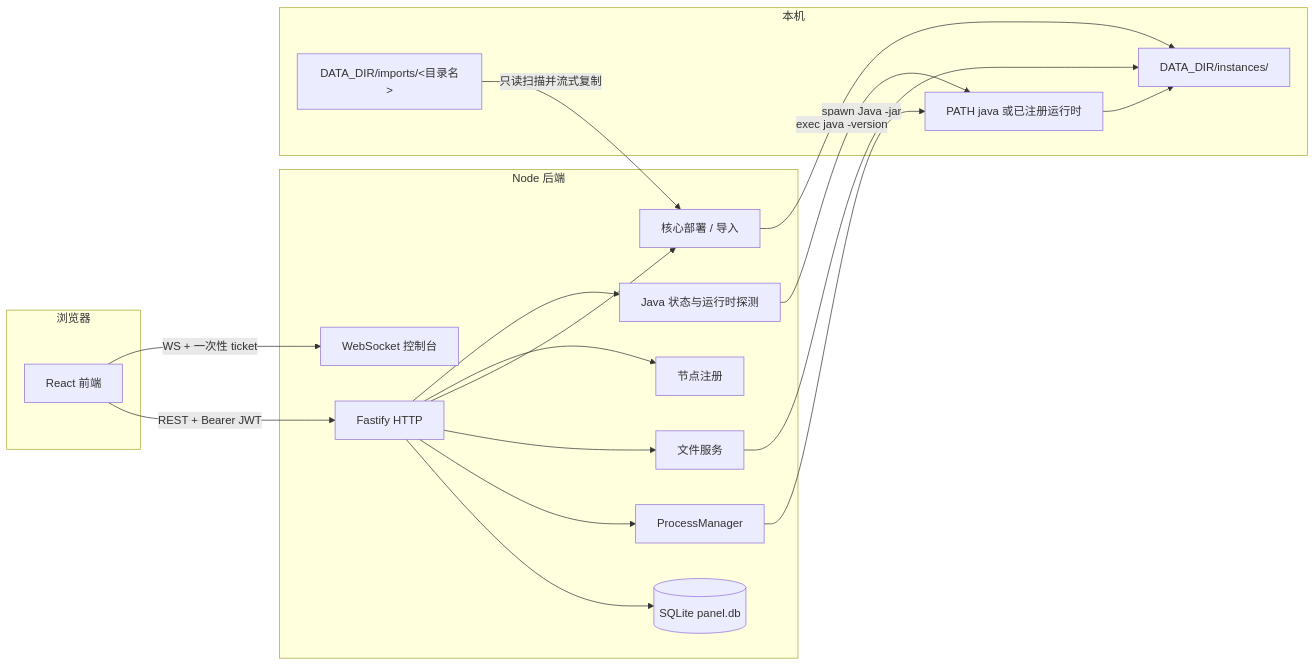
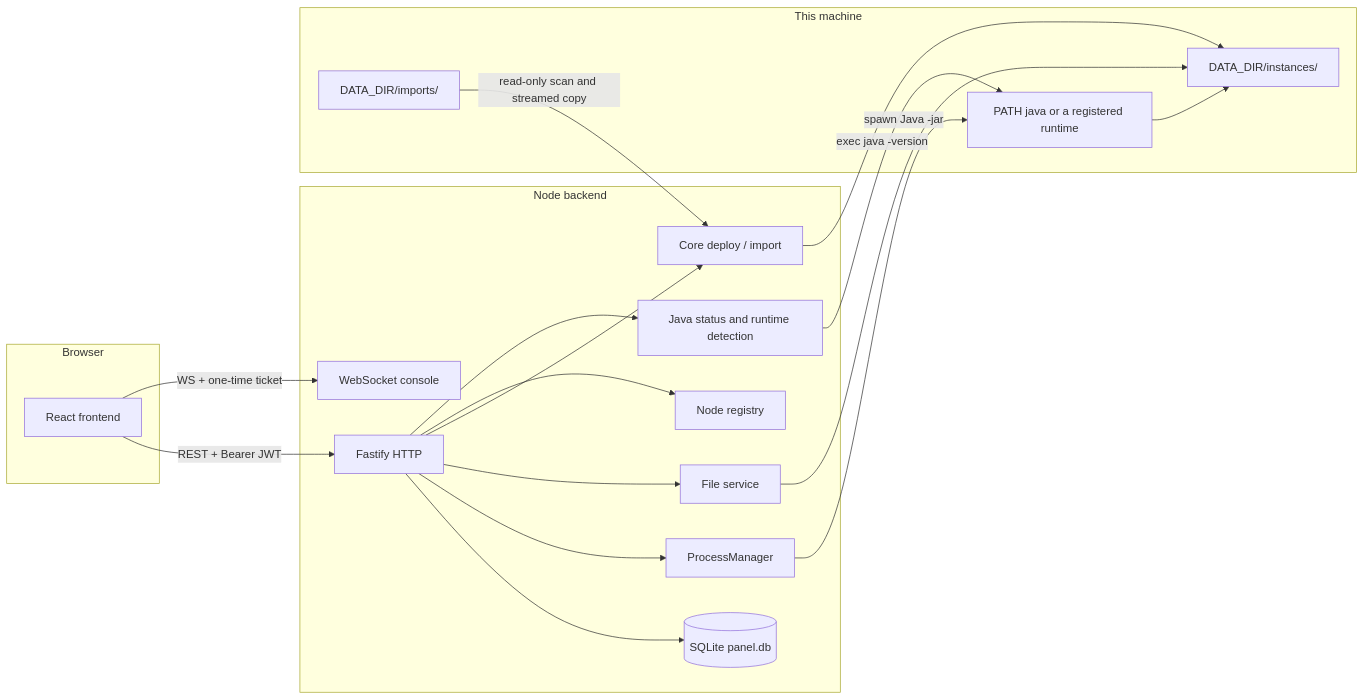
One commit to MystryMocha/mystry-dashboard changed the diagram in docs/architecture.md. Above: the diagram before and after it, drawn with Mermaid. The commit also changed other lines of this file and 25 other files, not shown here.

````diff
--- a/docs/architecture.md
+++ b/docs/architecture.md
@@ -5,35 +7,35 @@
 ```mermaid
 flowchart LR
-  subgraph client [浏览器]
-    Web[React 前端]
+  subgraph client [Browser]
+    Web[React frontend]
   end
-  subgraph server [Node 后端]
+  subgraph server [Node backend]
     Fastify[Fastify HTTP]
-    WS[WebSocket 控制台]
+    WS[WebSocket console]
     PM[ProcessManager]
-    FS[文件服务]
-    Core[核心部署 / 导入]
-    Nodes[节点注册]
+    FS[File service]
+    Core[Core deploy / import]
+    Nodes[Node registry]
     DB[(SQLite panel.db)]
-    JavaStatus[Java 状态与运行时探测]
+    JavaStatus[Java status and runtime detection]
   end
-  subgraph host [本机]
-    Java[PATH java 或已注册运行时]
+  subgraph host [This machine]
+    Java[PATH java or a registered runtime]
     Dirs[DATA_DIR/instances/<id>]
-    Imports[DATA_DIR/imports/<目录名>]
+    Imports[DATA_DIR/imports/<directory>]
   end
   Web -->|REST + Bearer JWT| Fastify
-  Web -->|WS + 一次性 ticket| WS
+  Web -->|WS + one-time ticket| WS
   Fastify --> DB
   Fastify --> PM
   Fastify --> FS
   Fastify --> Core
   Fastify --> Nodes
   Fastify --> JavaStatus
   PM -->|spawn Java -jar| Java
   Java --> Dirs
   FS --> Dirs
   Core --> Dirs
-  Imports -->|只读扫描并流式复制| Core
+  Imports -->|read-only scan and streamed copy| Core
   JavaStatus -->|exec java -version| Java
 ```
````
